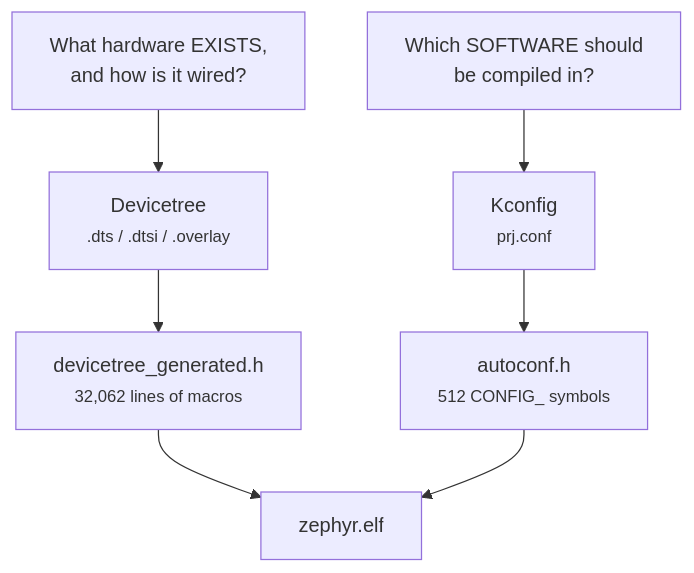
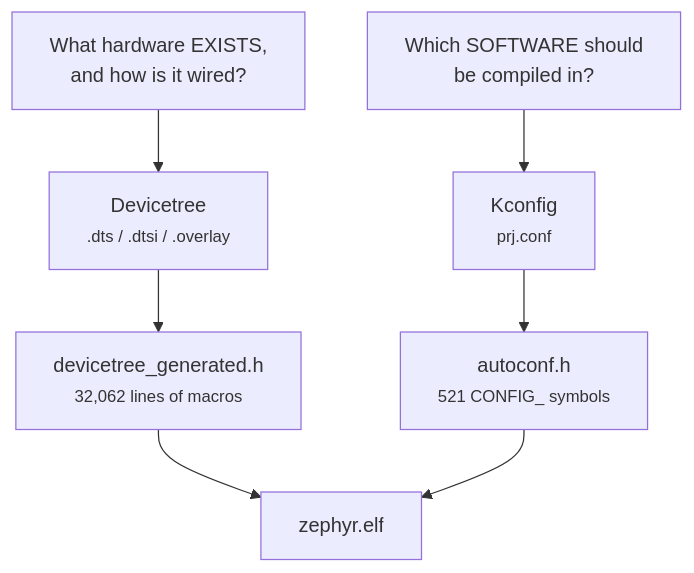
The diagram in docs/learn/how-the-build-knows-your-hardware.md (jim-wyatt/two-computers-one-board), drawn with Mermaid before and after one commit. The commit also changed other lines of this file and 46 other files, not shown here.

````diff
--- a/docs/learn/how-the-build-knows-your-hardware.md
+++ b/docs/learn/how-the-build-knows-your-hardware.md
@@ -19,9 +19,9 @@
 ```mermaid
 flowchart TD
   Q1["What hardware EXISTS,<br/>and how is it wired?"] --> DT["Devicetree<br/><small>.dts / .dtsi / .overlay</small>"]
   Q2["Which SOFTWARE should<br/>be compiled in?"] --> KC["Kconfig<br/><small>prj.conf</small>"]
   DT --> GEN["devicetree_generated.h<br/><small>32,062 lines of macros</small>"]
-  KC --> AC["autoconf.h<br/><small>512 CONFIG_ symbols</small>"]
+  KC --> AC["autoconf.h<br/><small>521 CONFIG_ symbols</small>"]
   GEN --> BIN["zephyr.elf"]
   AC --> BIN
 ```
````
